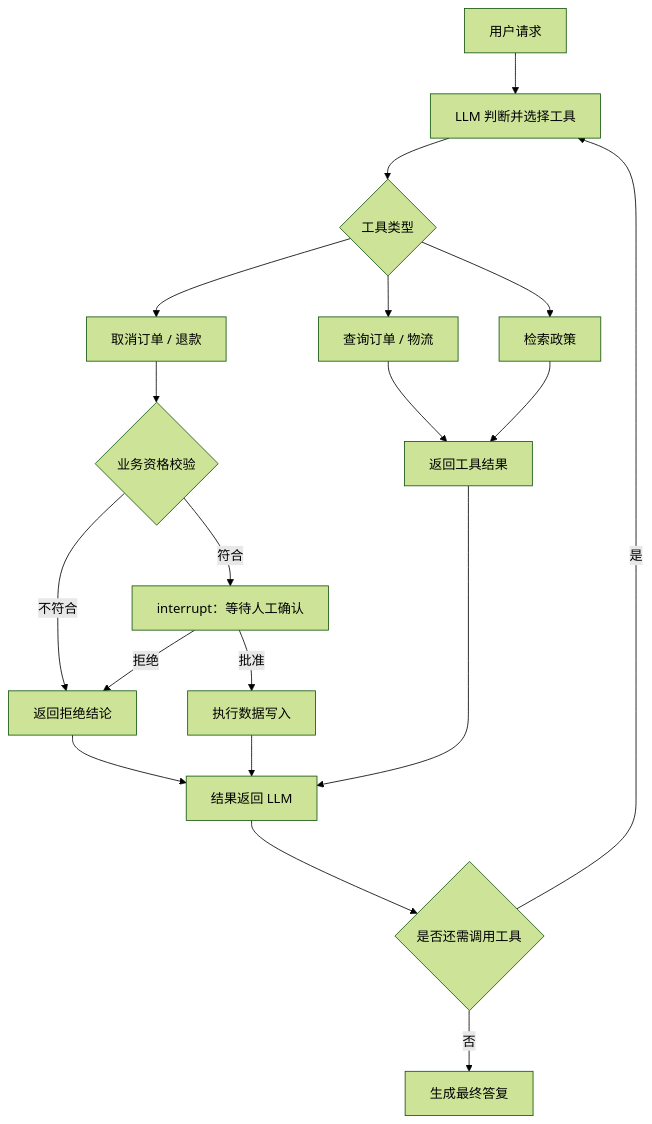
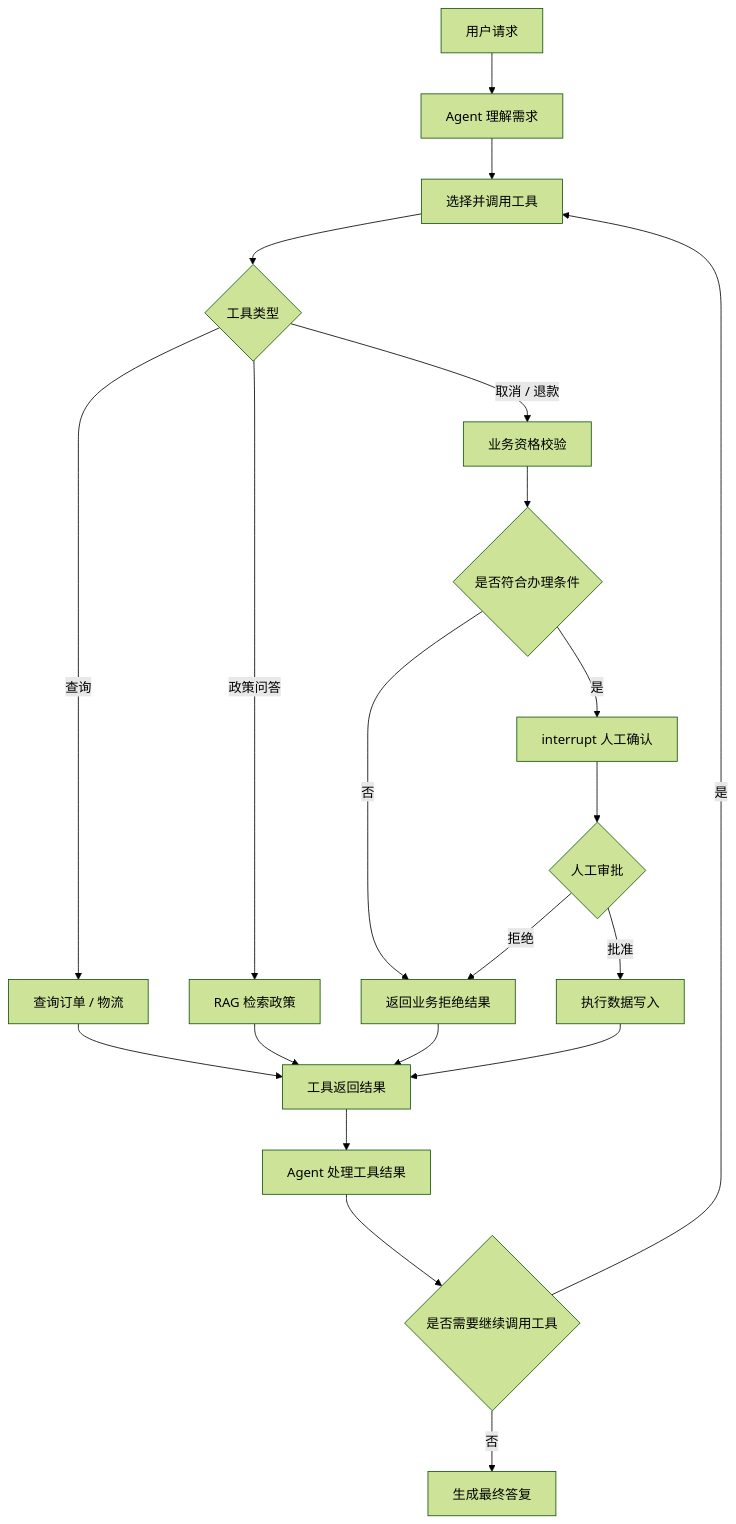
One commit to Qiwenweiii/hitl-customer-service-agent changed the second of 2 diagrams in README.md. Above: the diagram before and after it, drawn with Mermaid (forest theme). The commit also changed other lines of this file, not shown here.

````diff
--- a/README.md
+++ b/README.md
@@ -125,24 +182,30 @@
 ```mermaid
 flowchart TD
-    A["用户请求"] --> B["LLM 判断并选择工具"]
-    B --> C{"工具类型"}
-    C --> D["查询订单 / 物流"]
-    C --> E["检索政策"]
-    C --> F["取消订单 / 退款"]
+    A["用户请求"] --> B["Agent 理解需求"]
+    B --> C["选择并调用工具"]
 
-    D --> G["返回工具结果"]
-    E --> G
+    C --> D{"工具类型"}
 
-    F --> H{"业务资格校验"}
-    H -- 不符合 --> I["返回拒绝结论"]
-    H -- 符合 --> J["interrupt：等待人工确认"]
-    J -- 拒绝 --> I
-    J -- 批准 --> K["执行数据写入"]
+    D -->|查询| E["查询订单 / 物流"]
+    D -->|政策问答| F["RAG 检索政策"]
+    D -->|取消 / 退款| G["业务资格校验"]
 
-    I --> L["结果返回 LLM"]
-    K --> L
-    G --> L
-    L --> M{"是否还需调用工具"}
-    M -- 是 --> B
-    M -- 否 --> N["生成最终答复"]
+    E --> H["工具返回结果"]
+    F --> H
+
+    G --> I{"是否符合办理条件"}
+    I -->|否| J["返回业务拒绝结果"]
+    I -->|是| K["interrupt 人工确认"]
+
+    K --> L{"人工审批"}
+    L -->|拒绝| J
+    L -->|批准| M["执行数据写入"]
+
+    M --> H
+    J --> H
+
+    H --> N["Agent 处理工具结果"]
+    N --> O{"是否需要继续调用工具"}
+    O -->|是| C
+    O -->|否| P["生成最终答复"]
 ```
````
